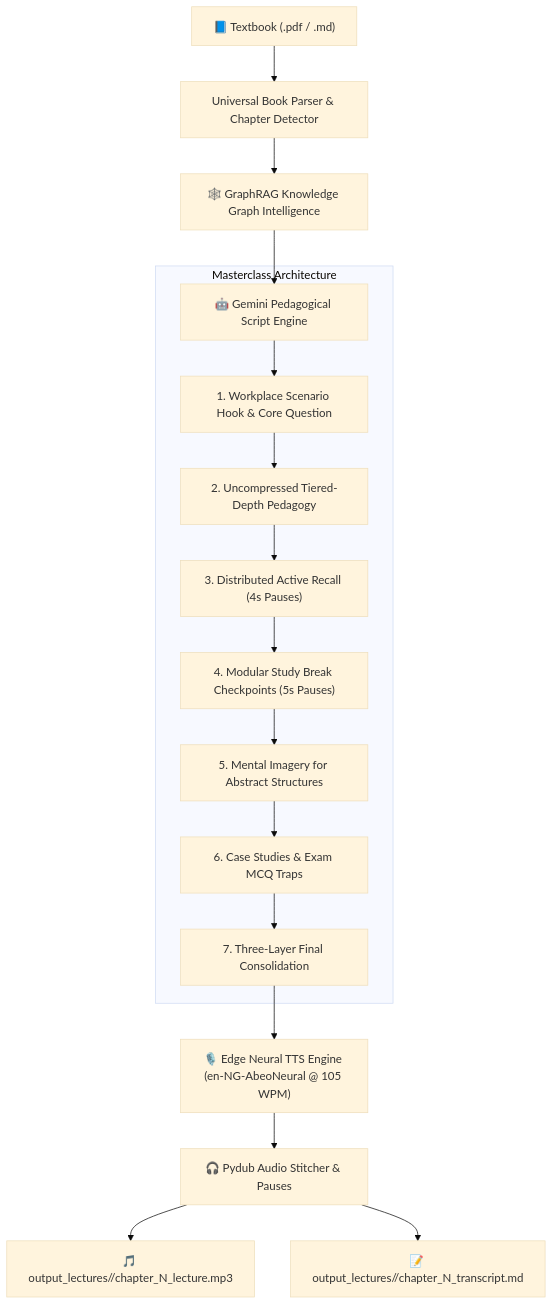
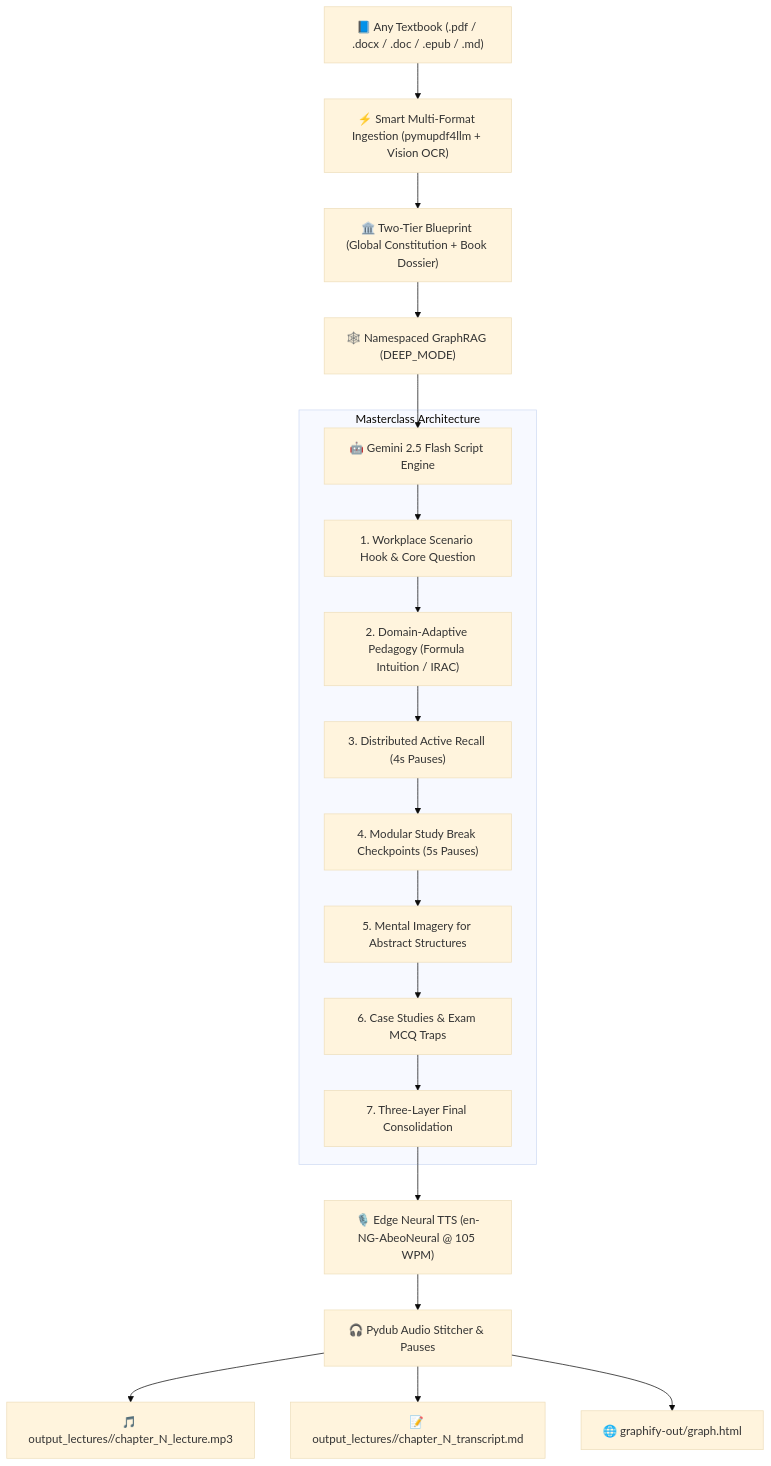
The diagram in README.md (babaolu/book2Lecture), drawn with Mermaid (base theme) before and after one commit. The commit also changed other lines of this file, not shown here.

Commit message:
docs: update README with universal multi-format ingestion, two-tier architecture, and deep graphify integration

````diff
--- a/README.md
+++ b/README.md
@@ -166,21 +219,23 @@
 ```mermaid
 flowchart TD
-    Book["📘 Textbook (.pdf / .md)"] --> Parser["Universal Book Parser & Chapter Detector"]
-    Parser --> GraphRAG["🕸️ GraphRAG Knowledge Graph Intelligence"]
-    GraphRAG --> ScriptGen["🤖 Gemini Pedagogical Script Engine"]
+    Book["📘 Any Textbook (.pdf / .docx / .doc / .epub / .md)"] --> Ingestion["⚡ Smart Multi-Format Ingestion (pymupdf4llm + Vision OCR)"]
+    Ingestion --> Blueprint["🏛️ Two-Tier Blueprint (Global Constitution + Book Dossier)"]
+    Blueprint --> GraphRAG["🕸️ Namespaced GraphRAG (DEEP_MODE)"]
+    GraphRAG --> ScriptGen["🤖 Gemini 2.5 Flash Script Engine"]
     
     subgraph Masterclass Architecture
         ScriptGen --> Hook["1. Workplace Scenario Hook & Core Question"]
-        Hook --> Tiered["2. Uncompressed Tiered-Depth Pedagogy"]
-        Tiered --> Recall["3. Distributed Active Recall (4s Pauses)"]
+        Hook --> Modality["2. Domain-Adaptive Pedagogy (Formula Intuition / IRAC)"]
+        Modality --> Recall["3. Distributed Active Recall (4s Pauses)"]
         Recall --> Breaks["4. Modular Study Break Checkpoints (5s Pauses)"]
         Breaks --> Models["5. Mental Imagery for Abstract Structures"]
         Models --> MCQs["6. Case Studies & Exam MCQ Traps"]
         MCQs --> Consolidation["7. Three-Layer Final Consolidation"]
     end
     
-    Consolidation --> TTS["🎙️ Edge Neural TTS Engine (en-NG-AbeoNeural @ 105 WPM)"]
+    Consolidation --> TTS["🎙️ Edge Neural TTS (en-NG-AbeoNeural @ 105 WPM)"]
     TTS --> Stitcher["🎧 Pydub Audio Stitcher & Pauses"]
     Stitcher --> OutputAudio["🎵 output_lectures/<slug>/chapter_N_lecture.mp3"]
     Stitcher --> OutputMD["📝 output_lectures/<slug>/chapter_N_transcript.md"]
+    Stitcher --> GraphExport["🌐 graphify-out/graph.html"]
 ```
````
